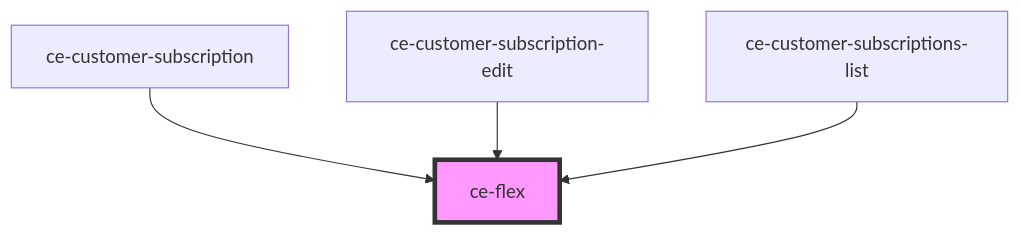
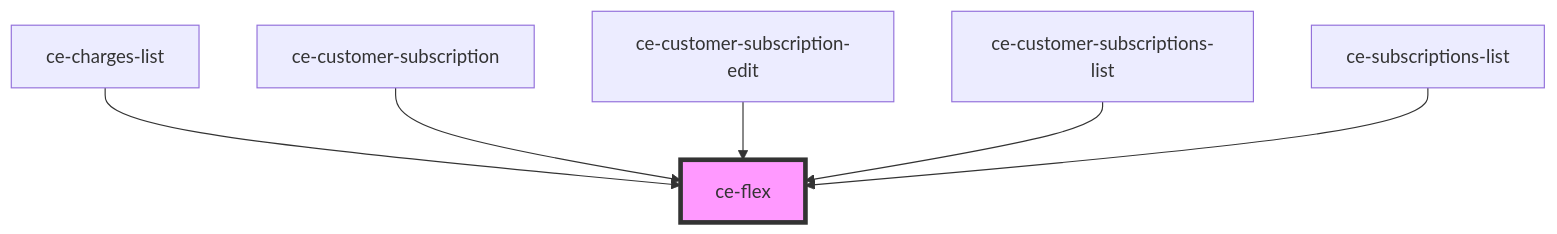
Before and after one commit to surecart/surecart-wp-plugin: the diagram in packages/components/src/components/ui/flex/readme.md, drawn with Mermaid. The commit also changed other lines of this file and 101 other files, not shown here.

````diff
--- a/packages/components/src/components/ui/flex/readme.md
+++ b/packages/components/src/components/ui/flex/readme.md
@@ -26,7 +28,9 @@
 ```mermaid
 graph TD;
+  ce-charges-list --> ce-flex
   ce-customer-subscription --> ce-flex
   ce-customer-subscription-edit --> ce-flex
   ce-customer-subscriptions-list --> ce-flex
+  ce-subscriptions-list --> ce-flex
   style ce-flex fill:#f9f,stroke:#333,stroke-width:4px
 ```
````
